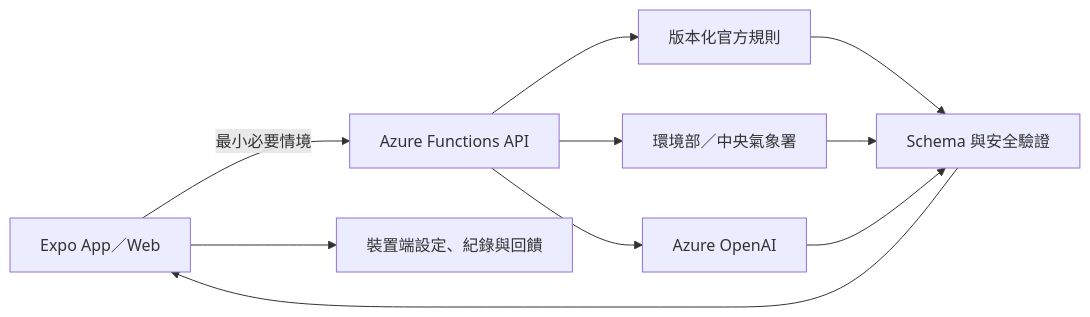
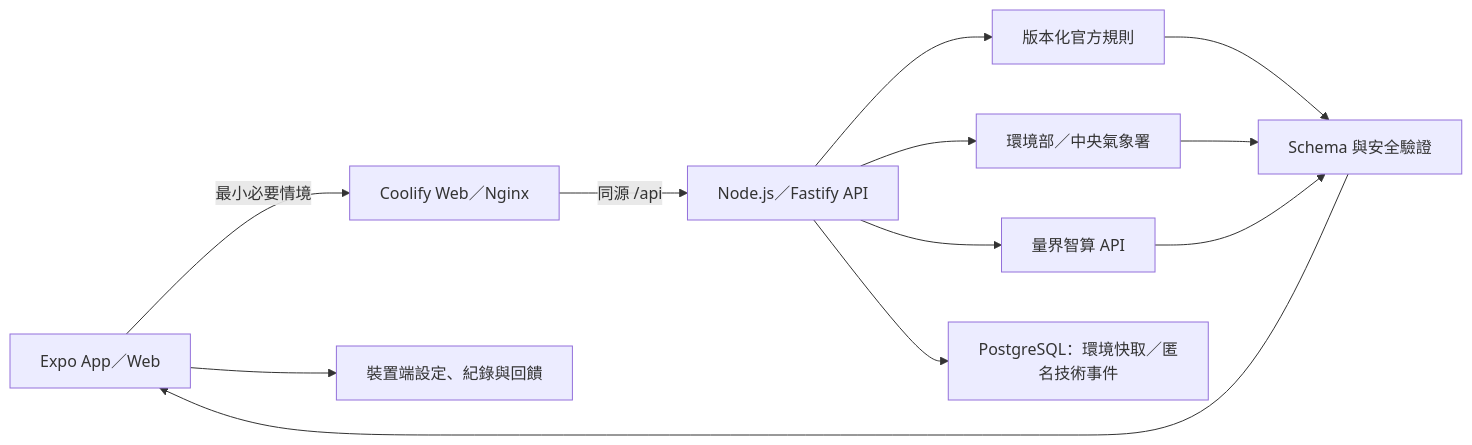
The diagram in README.md (Sutdents-Project-Hub/AirMe), drawn with Mermaid before and after one commit. The commit also changed other lines of this file and 86 other files, not shown here.

````diff
--- a/README.md
+++ b/README.md
@@ -37,12 +36,14 @@
 ```mermaid
 flowchart LR
-  U["Expo App／Web"] -->|"最小必要情境"| F["Azure Functions API"]
+  U["Expo App／Web"] -->|"最小必要情境"| W["Coolify Web／Nginx"]
+  W -->|"同源 /api"| F["Node.js／Fastify API"]
   F --> R["版本化官方規則"]
   F --> E["環境部／中央氣象署"]
-  F --> A["Azure OpenAI"]
+  F --> A["量界智算 API"]
+  F --> P["PostgreSQL：環境快取／匿名技術事件"]
   R --> V["Schema 與安全驗證"]
   E --> V
   A --> V
   V --> U
   U --> L["裝置端設定、紀錄與回饋"]
 ```
````
